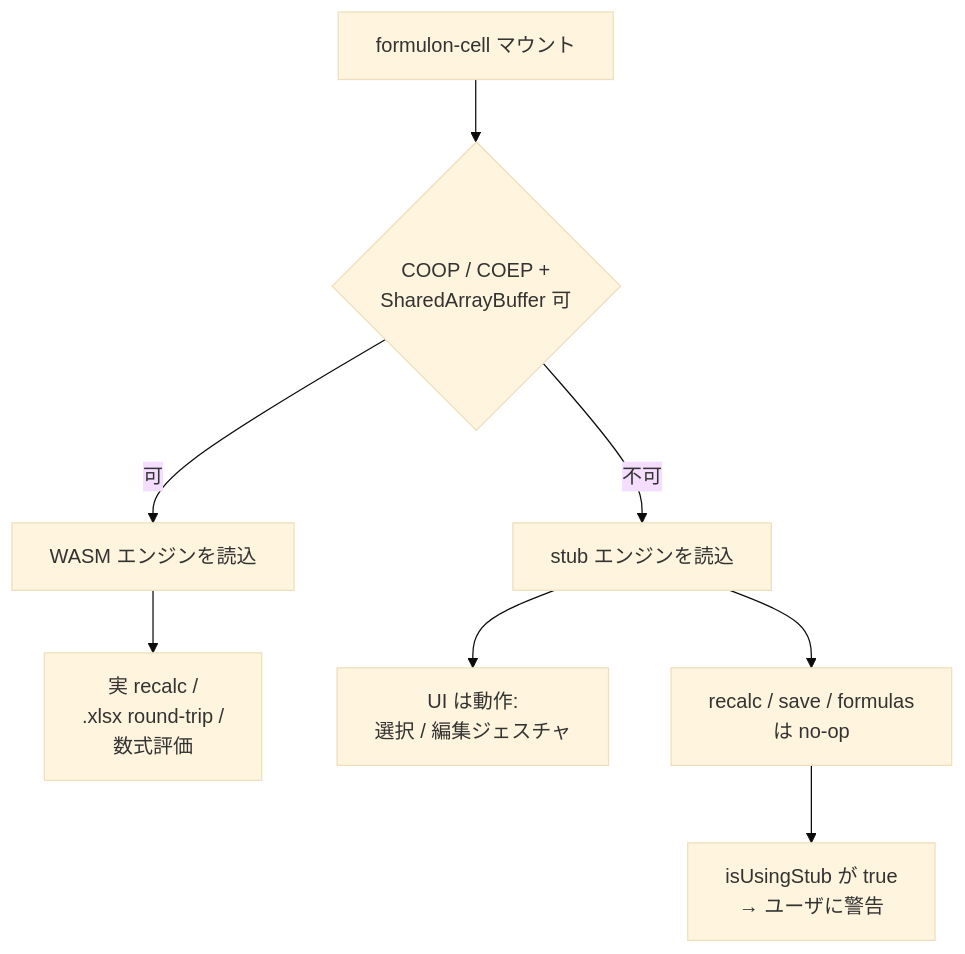
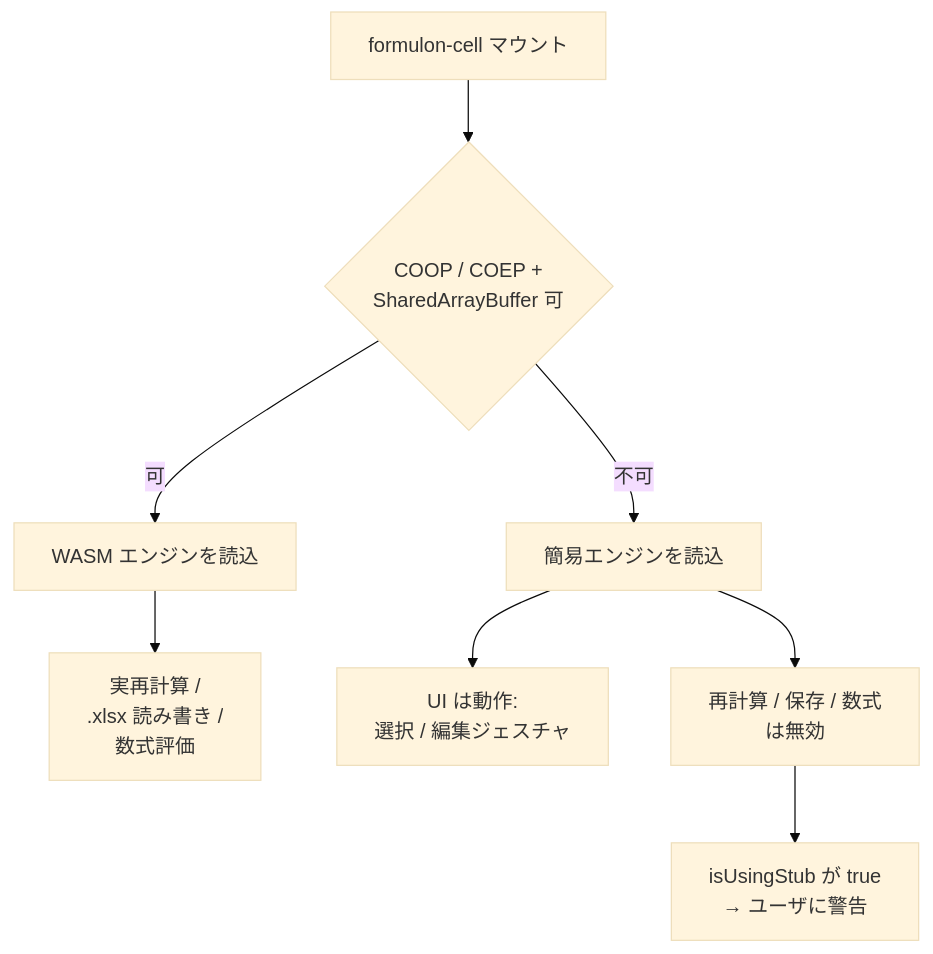
Before and after one commit to libraz/formulon-homepage: the diagram in src/ja/cell/index.md, drawn with Mermaid (base theme). The commit also changed other lines of this file and 49 other files, not shown here.

````diff
--- a/src/ja/cell/index.md
+++ b/src/ja/cell/index.md
@@ -52,10 +52,10 @@
 ```mermaid
 flowchart TD
   A[formulon-cell マウント] --> B{COOP / COEP +<br/>SharedArrayBuffer 可}
   B -->|可| C[WASM エンジンを読込]
-  C --> D[実 recalc /<br/>.xlsx round-trip /<br/>数式評価]
-  B -->|不可| E[stub エンジンを読込]
+  C --> D[実再計算 /<br/>.xlsx 読み書き /<br/>数式評価]
+  B -->|不可| E[簡易エンジンを読込]
   E --> F[UI は動作:<br/>選択 / 編集ジェスチャ]
-  E --> G[recalc / save / formulas<br/>は no-op]
+  E --> G[再計算 / 保存 / 数式<br/>は無効]
   G --> H[isUsingStub が true<br/>→ ユーザに警告]
 ```
````
